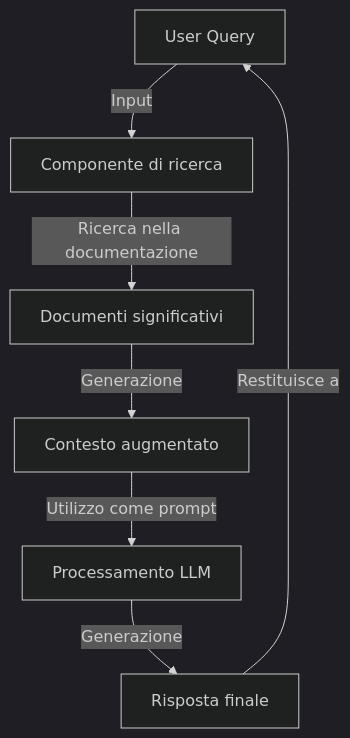
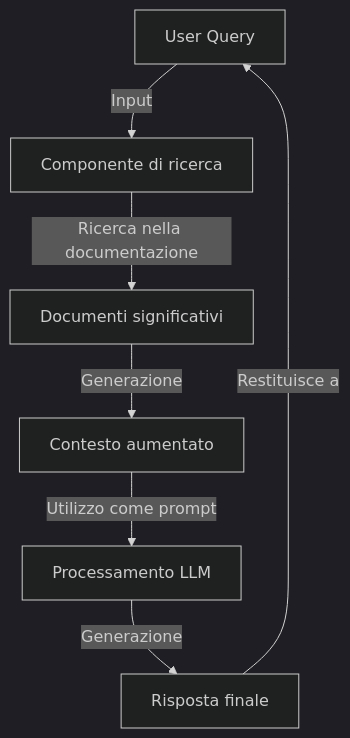
One commit to DanieleT07/ChatBotProjectEvaluation changed the diagram in docs/dictionary/rag.md. Above: the diagram before and after it, drawn with Mermaid (dark theme). The commit also changed 4 other files, not shown here.

````diff
--- a/docs/dictionary/rag.md
+++ b/docs/dictionary/rag.md
@@ -7,9 +7,9 @@
 ```mermaid
 graph TD;
     A[User Query] -->|Input| B[Componente di ricerca];
     B -->|Ricerca nella documentazione| C[Documenti significativi];
-    C -->|Generazione| D[Contesto augmentato];
+    C -->|Generazione| D[Contesto aumentato];
     D -->|Utilizzo come prompt| E[Processamento LLM];
     E -->|Generazione| F[Risposta finale];
     F -->|Restituisce a| A;
 ```
````
